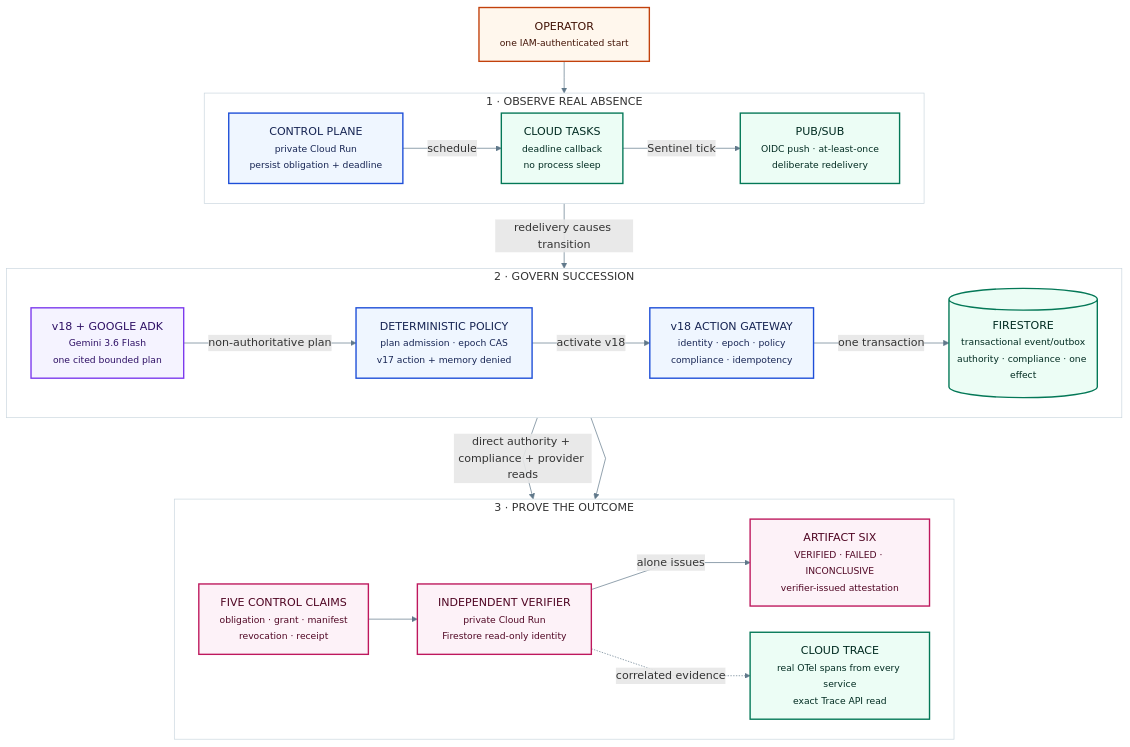
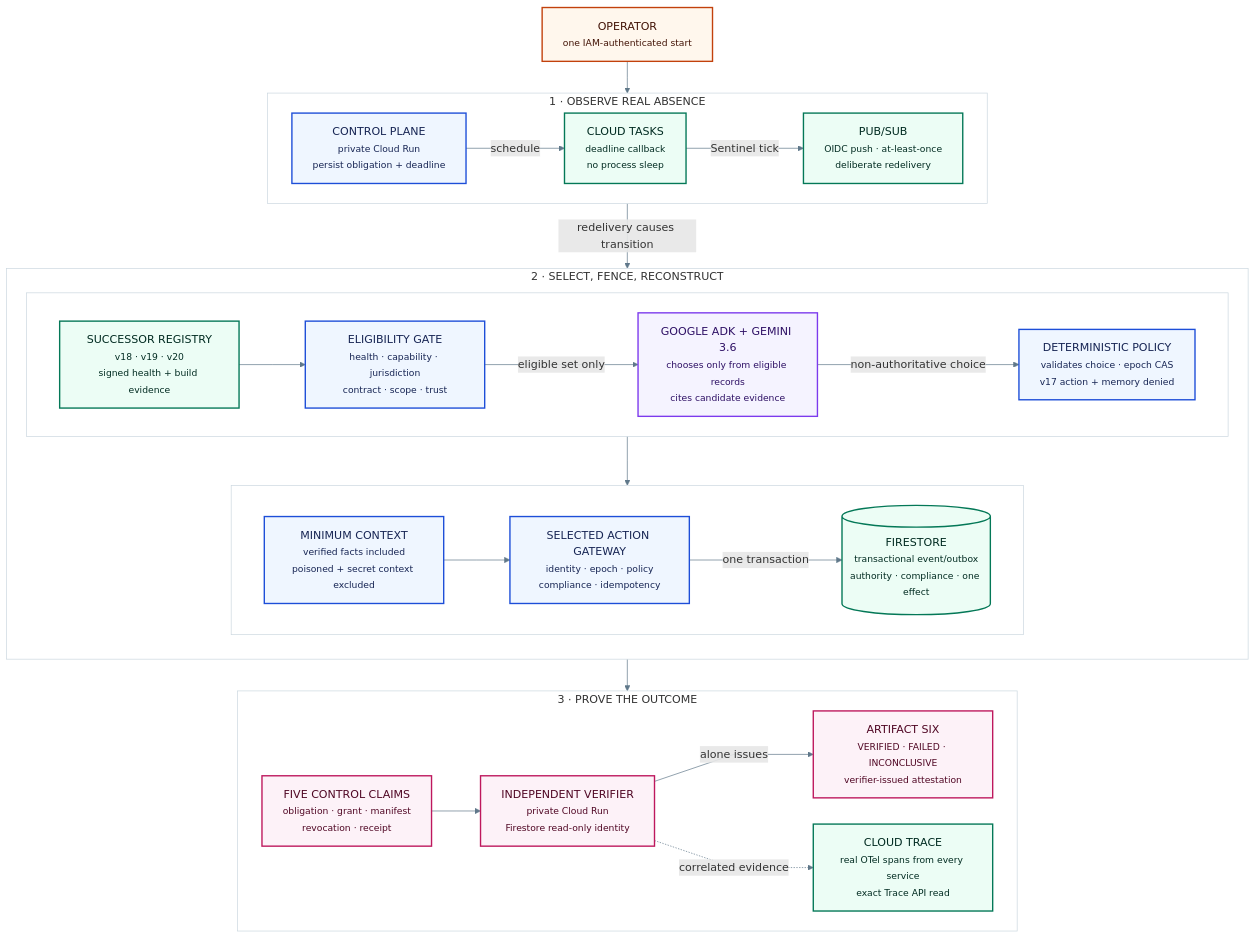
The diagram in docs/diagrams/architecture.mmd (milos-plavsic/continuum), drawn with Mermaid before and after one commit. The commit also changed 44 other files, not shown here.

Commit message:
feat: make agent succession dynamic and independently provable (#6)

```diff
--- a/docs/diagrams/architecture.mmd
+++ b/docs/diagrams/architecture.mmd
@@ -1,42 +1,52 @@
 %%{init:{"flowchart":{"curve":"linear","nodeSpacing":38,"rankSpacing":46},"themeVariables":{"fontFamily":"Inter,Arial,sans-serif","primaryTextColor":"#10202d","lineColor":"#60788a","clusterBkg":"#ffffff","clusterBorder":"#cbd7df"}}}%%
 flowchart TB
   classDef human fill:#fff7ed,stroke:#c2410c,color:#431407,stroke-width:2px
   classDef control fill:#eff6ff,stroke:#1d4ed8,color:#172554,stroke-width:2px
   classDef agent fill:#f5f3ff,stroke:#7c3aed,color:#2e1065,stroke-width:2px
   classDef state fill:#ecfdf5,stroke:#047857,color:#022c22,stroke-width:2px
   classDef verify fill:#fdf2f8,stroke:#be185d,color:#500724,stroke-width:2px
 
   OP["OPERATOR<br/><small>one IAM-authenticated start</small>"]:::human
 
   subgraph R1["1 · OBSERVE REAL ABSENCE"]
     direction LR
     CP["CONTROL PLANE<br/><small>private Cloud Run<br/>persist obligation + deadline</small>"]:::control
     TASK["CLOUD TASKS<br/><small>deadline callback<br/>no process sleep</small>"]:::state
     PS["PUB/SUB<br/><small>OIDC push · at-least-once<br/>deliberate redelivery</small>"]:::state
     CP -->|schedule| TASK -->|Sentinel tick| PS
   end
 
-  subgraph R2["2 · GOVERN SUCCESSION"]
-    direction LR
-    V18["v18 + GOOGLE ADK<br/><small>Gemini 3.6 Flash<br/>one cited bounded plan</small>"]:::agent
-    POLICY["DETERMINISTIC POLICY<br/><small>plan admission · epoch CAS<br/>v17 action + memory denied</small>"]:::control
-    GATE["v18 ACTION GATEWAY<br/><small>identity · epoch · policy<br/>compliance · idempotency</small>"]:::control
-    DB[("FIRESTORE<br/><small>transactional event/outbox<br/>authority · compliance · one effect</small>")]:::state
-    V18 -->|non-authoritative plan| POLICY -->|activate v18| GATE -->|one transaction| DB
+  subgraph R2["2 · SELECT, FENCE, RECONSTRUCT"]
+    direction TB
+    subgraph R2A[" "]
+      direction LR
+      REG["SUCCESSOR REGISTRY<br/><small>v18 · v19 · v20<br/>signed health + build evidence</small>"]:::state
+      FILTER["ELIGIBILITY GATE<br/><small>health · capability · jurisdiction<br/>contract · scope · trust</small>"]:::control
+      GEM["GOOGLE ADK + GEMINI 3.6<br/><small>chooses only from eligible records<br/>cites candidate evidence</small>"]:::agent
+      POLICY["DETERMINISTIC POLICY<br/><small>validates choice · epoch CAS<br/>v17 action + memory denied</small>"]:::control
+      REG --> FILTER -->|eligible set only| GEM -->|non-authoritative choice| POLICY
+    end
+    subgraph R2B[" "]
+      direction LR
+      CTX["MINIMUM CONTEXT<br/><small>verified facts included<br/>poisoned + secret context excluded</small>"]:::control
+      GATE["SELECTED ACTION GATEWAY<br/><small>identity · epoch · policy<br/>compliance · idempotency</small>"]:::control
+      DB[("FIRESTORE<br/><small>transactional event/outbox<br/>authority · compliance · one effect</small>")]:::state
+      CTX --> GATE -->|one transaction| DB
+    end
+    R2A --> R2B
   end
 
 
   subgraph R3["3 · PROVE THE OUTCOME"]
     direction LR
     FIVE["FIVE CONTROL CLAIMS<br/><small>obligation · grant · manifest<br/>revocation · receipt</small>"]:::verify
     IV["INDEPENDENT VERIFIER<br/><small>private Cloud Run<br/>Firestore read-only identity</small>"]:::verify
     SIX["ARTIFACT SIX<br/><small>VERIFIED · FAILED · INCONCLUSIVE<br/>verifier-issued attestation</small>"]:::verify
     TRACE["CLOUD TRACE<br/><small>real OTel spans from every service<br/>exact Trace API read</small>"]:::state
     FIVE --> IV -->|alone issues| SIX
     IV -. correlated evidence .-> TRACE
   end
 
-  OP --> CP
-  PS -->|redelivery causes transition| V18
-  DB -->|direct authority + compliance + provider reads| IV
-  GATE --> FIVE
+  OP --> R1
+  R1 -->|redelivery causes transition| R2
+  R2 --> R3
```
